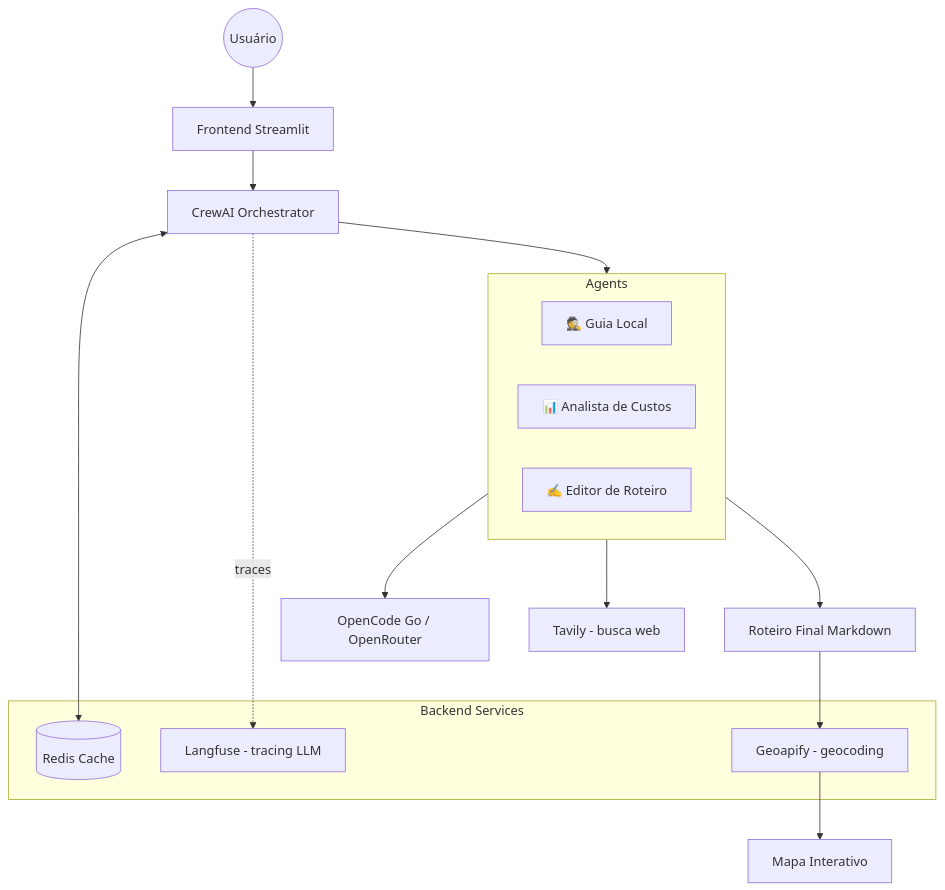
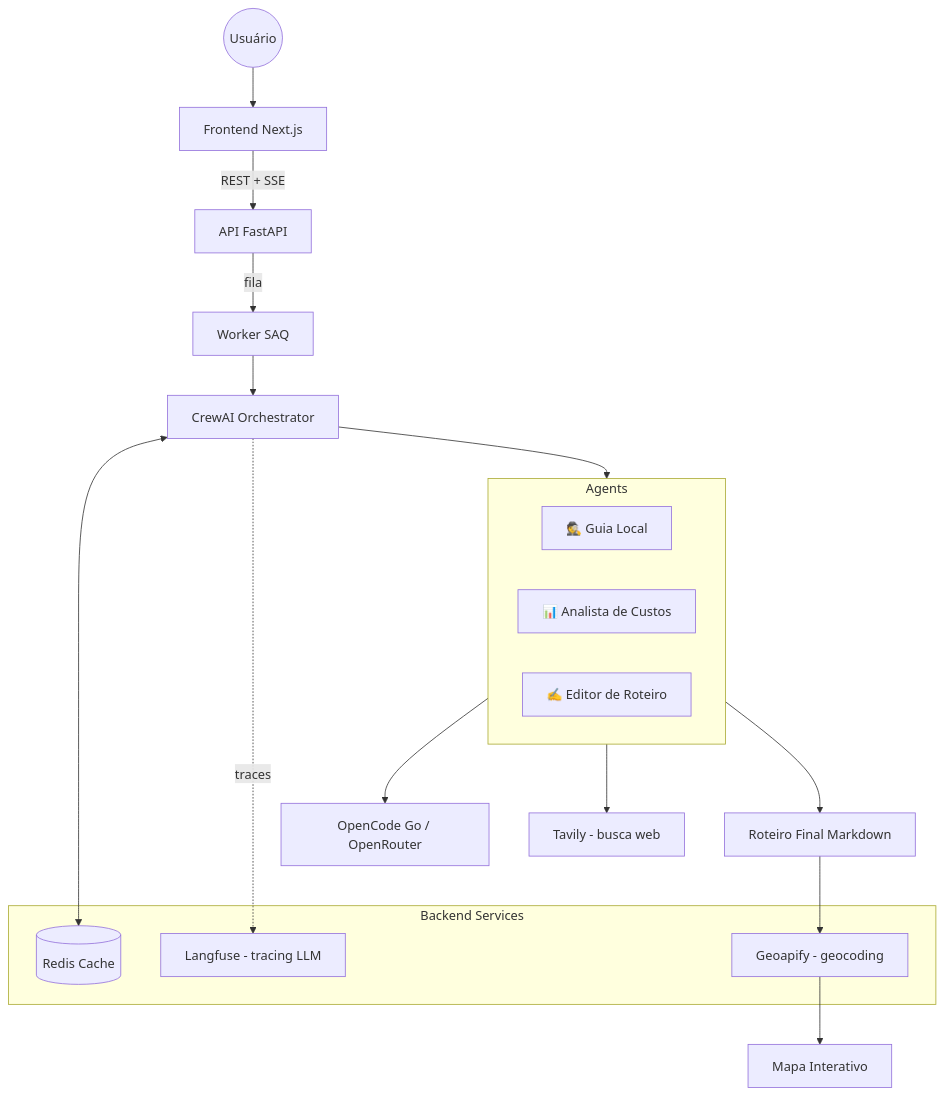
One commit to henriquebotelhogomes/agencia_viagens_ia changed the diagram in README.md. Above: the diagram before and after it, drawn with Mermaid. The commit also changed other lines of this file and 17 other files, not shown here.

````diff
--- a/README.md
+++ b/README.md
@@ -36,28 +36,30 @@
 ```mermaid
 graph TD
-    User((Usuário)) --> Streamlit[Frontend Streamlit]
-    Streamlit --> Crew[CrewAI Orchestrator]
+    User((Usuário)) --> FE[Frontend Next.js]
+    FE -->|REST + SSE| API[API FastAPI]
+    API -->|fila| WK[Worker SAQ]
+    WK --> Crew[CrewAI Orchestrator]
 
     subgraph Agents
         A1[🕵️ Guia Local]
         A2[📊 Analista de Custos]
         A3[✍️ Editor de Roteiro]
     end
 
     Crew --> Agents
     Agents --> LLM[OpenCode Go / OpenRouter]
     Agents --> Tools[Tavily - busca web]
 
     subgraph Backend Services
         Redis[(Redis Cache)]
         Geo[Geoapify - geocoding]
         LF[Langfuse - tracing LLM]
     end
 
     Crew <--> Redis
     Crew -.traces.-> LF
 
     Agents --> Output[Roteiro Final Markdown]
     Output --> Geo
     Geo --> Map[Mapa Interativo]
 ```
````
